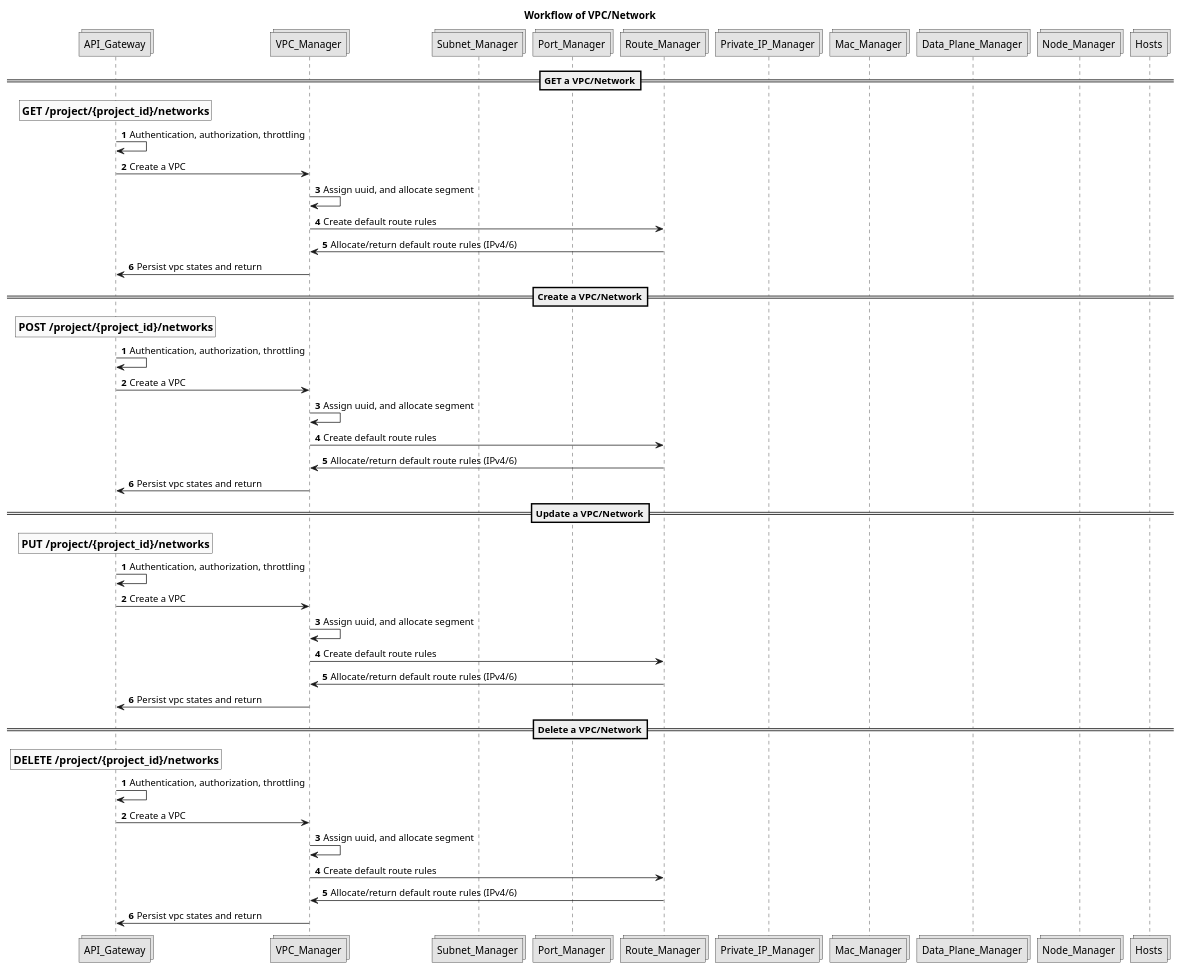
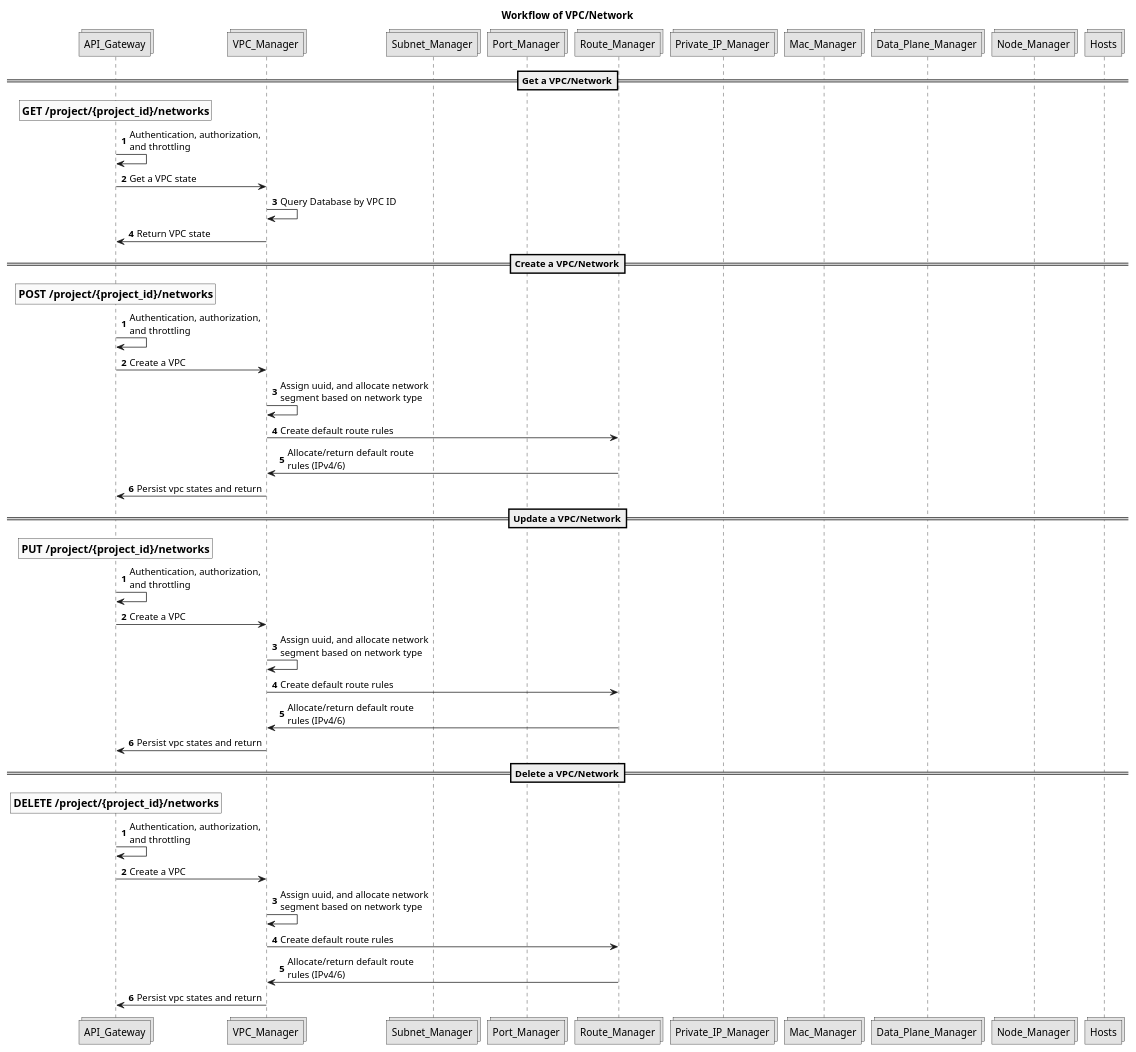
The diagram in docs/design/puml/vpc_create.puml (futurewei-cloud/alcor), drawn with PlantUML before and after one commit. The commit also changed 5 other files, not shown here.

```diff
--- a/docs/design/puml/vpc_create.puml
+++ b/docs/design/puml/vpc_create.puml
@@ -1,71 +15,55 @@
- @startuml
+@startuml
 
-' Copyright 2019 The Alcor Authors.
-
-' Licensed under the Apache License, Version 2.0 (the "License");
-'        you may not use this file except in compliance with the License.
-'        You may obtain a copy of the License at
-
-'        http://www.apache.org/licenses/LICENSE-2.0
-
-'        Unless required by applicable law or agreed to in writing, software
-'        distributed under the License is distributed on an "AS IS" BASIS,
-'        WITHOUT WARRANTIES OR CONDITIONS OF ANY KIND, either express or implied.
-'        See the License for the specific language governing permissions and
-'        limitations under the License.
-		
 title Workflow of VPC/Network
 
 skinparam monochrome true
 collections API_Gateway
 collections VPC_Manager
 collections Subnet_Manager
 collections Port_Manager
 collections Route_Manager
 collections Private_IP_Manager
 collections Mac_Manager
 collections Data_Plane_Manager
 collections Node_Manager
 collections Hosts
 
-==GET a VPC/Network==
+==Get a VPC/Network==
 autonumber
 rnote over API_Gateway: ==GET /project/{project_id}/networks
-API_Gateway -> API_Gateway: Authentication, authorization, throttling
-API_Gateway -> VPC_Manager: Create a VPC
-VPC_Manager -> VPC_Manager: Assign uuid, and allocate segment
-VPC_Manager -> Route_Manager: Create default route rules
-Route_Manager -> VPC_Manager: Allocate/return default route rules (IPv4/6)
-VPC_Manager -> API_Gateway: Persist vpc states and return
+API_Gateway -> API_Gateway: Authentication, authorization,\nand throttling
+API_Gateway -> VPC_Manager: Get a VPC state
+VPC_Manager -> VPC_Manager: Query Database by VPC ID
+VPC_Manager -> API_Gateway: Return VPC state
 
 ==Create a VPC/Network==
 autonumber
 rnote over API_Gateway: ==POST /project/{project_id}/networks
-API_Gateway -> API_Gateway: Authentication, authorization, throttling
+API_Gateway -> API_Gateway: Authentication, authorization,\nand throttling
 API_Gateway -> VPC_Manager: Create a VPC
-VPC_Manager -> VPC_Manager: Assign uuid, and allocate segment
+VPC_Manager -> VPC_Manager: Assign uuid, and allocate network\nsegment based on network type
 VPC_Manager -> Route_Manager: Create default route rules
-Route_Manager -> VPC_Manager: Allocate/return default route rules (IPv4/6)
+Route_Manager -> VPC_Manager: Allocate/return default route\nrules (IPv4/6)
 VPC_Manager -> API_Gateway: Persist vpc states and return
 
 ==Update a VPC/Network==
 autonumber
 rnote over API_Gateway: ==PUT /project/{project_id}/networks
-API_Gateway -> API_Gateway: Authentication, authorization, throttling
+API_Gateway -> API_Gateway: Authentication, authorization,\nand throttling
 API_Gateway -> VPC_Manager: Create a VPC
-VPC_Manager -> VPC_Manager: Assign uuid, and allocate segment
+VPC_Manager -> VPC_Manager: Assign uuid, and allocate network\nsegment based on network type
 VPC_Manager -> Route_Manager: Create default route rules
-Route_Manager -> VPC_Manager: Allocate/return default route rules (IPv4/6)
+Route_Manager -> VPC_Manager: Allocate/return default route\nrules (IPv4/6)
 VPC_Manager -> API_Gateway: Persist vpc states and return
 
 ==Delete a VPC/Network==
 autonumber
 rnote over API_Gateway: ==DELETE /project/{project_id}/networks
-API_Gateway -> API_Gateway: Authentication, authorization, throttling
+API_Gateway -> API_Gateway: Authentication, authorization,\nand throttling
 API_Gateway -> VPC_Manager: Create a VPC
-VPC_Manager -> VPC_Manager: Assign uuid, and allocate segment
+VPC_Manager -> VPC_Manager: Assign uuid, and allocate network\nsegment based on network type
 VPC_Manager -> Route_Manager: Create default route rules
-Route_Manager -> VPC_Manager: Allocate/return default route rules (IPv4/6)
+Route_Manager -> VPC_Manager: Allocate/return default route\nrules (IPv4/6)
 VPC_Manager -> API_Gateway: Persist vpc states and return
 
 @enduml
```
